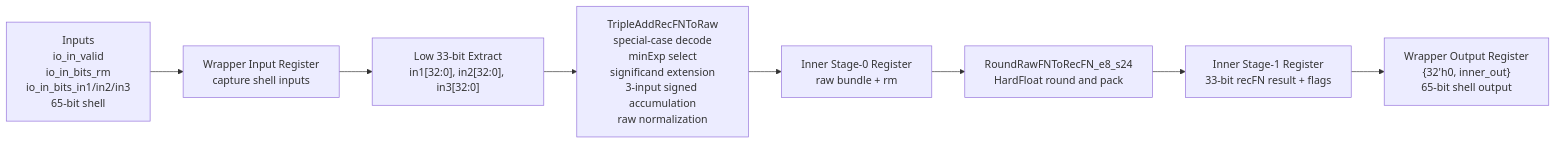
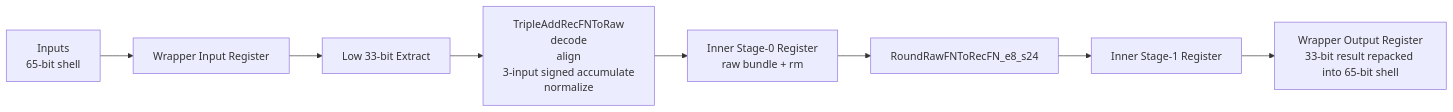
The second of 6 diagrams in README.md (kvsaiakhil/triple_fp_units), drawn with Mermaid before and after one commit. The commit also changed other lines of this file and 23 other files, not shown here.

Commit message:
Add triple multiply-add units and verification flow

````diff
--- a/README.md
+++ b/README.md
@@ -85,10 +93,10 @@
 ```mermaid
 flowchart LR
-  A["Inputs<br/>io_in_valid<br/>io_in_bits_rm<br/>io_in_bits_in1/in2/in3<br/>65-bit shell"] --> B["Wrapper Input Register<br/>capture shell inputs"]
-  B --> C["Low 33-bit Extract<br/>in1[32:0], in2[32:0], in3[32:0]"]
-  C --> D["TripleAddRecFNToRaw<br/>special-case decode<br/>minExp select<br/>significand extension<br/>3-input signed accumulation<br/>raw normalization"]
+  A["Inputs<br/>65-bit shell"] --> B["Wrapper Input Register"]
+  B --> C["Low 33-bit Extract"]
+  C --> D["TripleAddRecFNToRaw<br/>decode<br/>align<br/>3-input signed accumulate<br/>normalize"]
   D --> E["Inner Stage-0 Register<br/>raw bundle + rm"]
-  E --> F["RoundRawFNToRecFN_e8_s24<br/>HardFloat round and pack"]
-  F --> G["Inner Stage-1 Register<br/>33-bit recFN result + flags"]
-  G --> H["Wrapper Output Register<br/>{32'h0, inner_out}<br/>65-bit shell output"]
+  E --> F["RoundRawFNToRecFN_e8_s24"]
+  F --> G["Inner Stage-1 Register"]
+  G --> H["Wrapper Output Register<br/>33-bit result repacked into 65-bit shell"]
 ```
````
